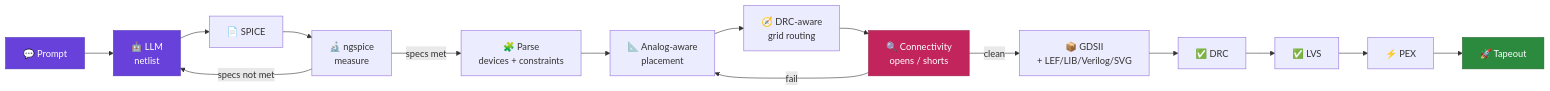
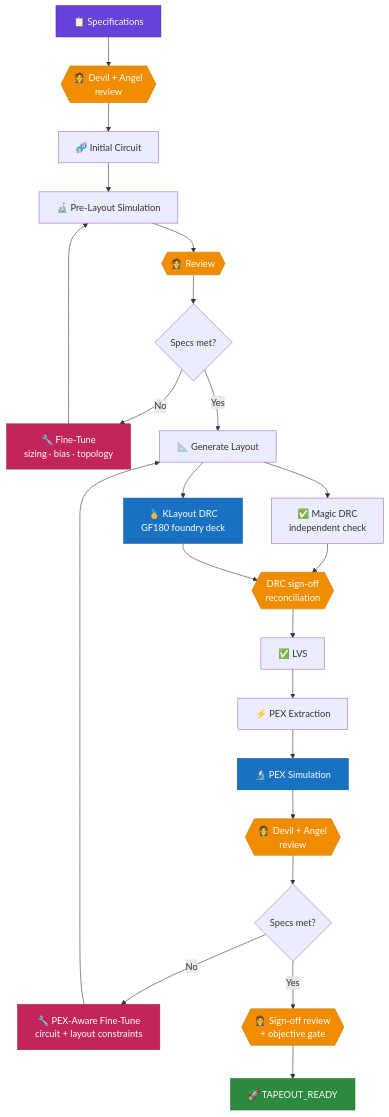
Before and after one commit to mthudaa/Microelectronic-Block-Generator: the diagram in README.md, drawn with Mermaid. The commit also changed other lines of this file and 164 other files, not shown here.

Commit message:
fix: DRC error for complex circuit

````diff
--- a/README.md
+++ b/README.md
@@ -110,20 +170,37 @@
 ```mermaid
-flowchart LR
-    A["💬 Prompt"] --> B["🤖 LLM<br/>netlist"]
-    B --> C["📄 SPICE"]
-    C --> D["🔬 ngspice<br/>measure"]
-    D -->|specs not met| B
-    D -->|specs met| E["🧩 Parse<br/>devices + constraints"]
-    E --> F["📐 Analog-aware<br/>placement"]
-    F --> G["🧭 DRC-aware<br/>grid routing"]
-    G --> H["🔍 Connectivity<br/>opens / shorts"]
-    H -->|fail| F
-    H -->|clean| I["📦 GDSII<br/>+ LEF/LIB/Verilog/SVG"]
-    I --> J["✅ DRC"] --> K["✅ LVS"] --> L["⚡ PEX"]
-    L --> M["🚀 Tapeout"]
+flowchart TD
+    SPEC["📋 Specifications"] --> RSPEC{{"🧑‍⚖️ Devil + Angel<br/>review"}}
+    RSPEC --> INIT["🧬 Initial Circuit"]
+    INIT --> PRESIM["🔬 Pre-Layout Simulation"]
+    PRESIM --> RPRE{{"🧑‍⚖️ Review"}}
+    RPRE --> PREEVAL{"Specs met?"}
+    PREEVAL -->|No| PRETUNE["🔧 Fine-Tune<br/>sizing · bias · topology"]
+    PRETUNE --> PRESIM
+    PREEVAL -->|Yes| LAYOUT["📐 Generate Layout"]
 
-    style A fill:#6741d9,stroke:#4c2fb8,color:#fff
-    style B fill:#6741d9,stroke:#4c2fb8,color:#fff
-    style M fill:#2b8a3e,stroke:#1d6329,color:#fff
-    style H fill:#c2255c,stroke:#9c1a48,color:#fff
+    LAYOUT --> MDRC["✅ Magic DRC<br/>independent check"]
+    LAYOUT --> KDRC["🥇 KLayout DRC<br/>GF180 foundry deck"]
+    MDRC --> GATE{{"DRC sign-off<br/>reconciliation"}}
+    KDRC --> GATE
+    GATE --> LVS["✅ LVS"]
+    LVS --> PEXX["⚡ PEX Extraction"]
+    PEXX --> PEXSIM["🔬 PEX Simulation"]
+    PEXSIM --> RPEX{{"🧑‍⚖️ Devil + Angel<br/>review"}}
+    RPEX --> PEXEVAL{"Specs met?"}
+    PEXEVAL -->|No| PEXTUNE["🔧 PEX-Aware Fine-Tune<br/>circuit + layout constraints"]
+    PEXTUNE --> LAYOUT
+    PEXEVAL -->|Yes| SIGN{{"🧑‍⚖️ Sign-off review<br/>+ objective gate"}}
+    SIGN --> DONE["🚀 TAPEOUT_READY"]
+
+    style SPEC fill:#6741d9,stroke:#4c2fb8,color:#fff
+    style PRETUNE fill:#c2255c,stroke:#9c1a48,color:#fff
+    style PEXTUNE fill:#c2255c,stroke:#9c1a48,color:#fff
+    style PEXSIM fill:#1971c2,stroke:#14549a,color:#fff
+    style RSPEC fill:#f08c00,stroke:#c77700,color:#fff
+    style RPRE fill:#f08c00,stroke:#c77700,color:#fff
+    style RPEX fill:#f08c00,stroke:#c77700,color:#fff
+    style KDRC fill:#1971c2,stroke:#14549a,color:#fff
+    style GATE fill:#f08c00,stroke:#c77700,color:#fff
+    style SIGN fill:#f08c00,stroke:#c77700,color:#fff
+    style DONE fill:#2b8a3e,stroke:#1d6329,color:#fff
 ```
````
